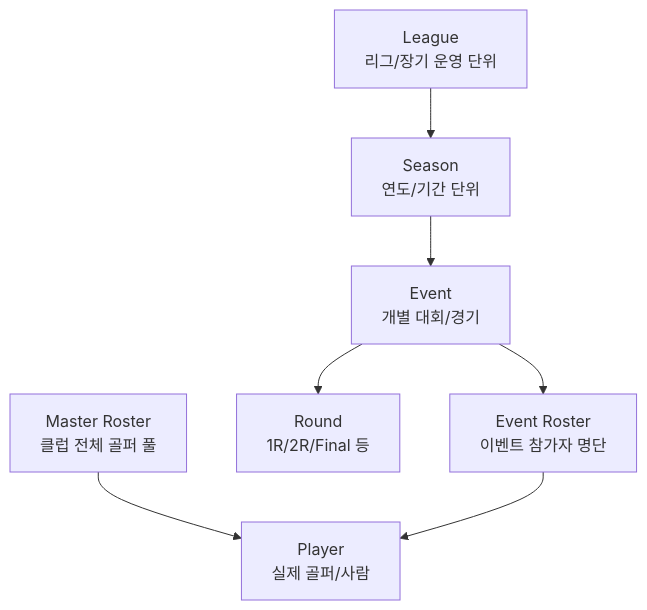
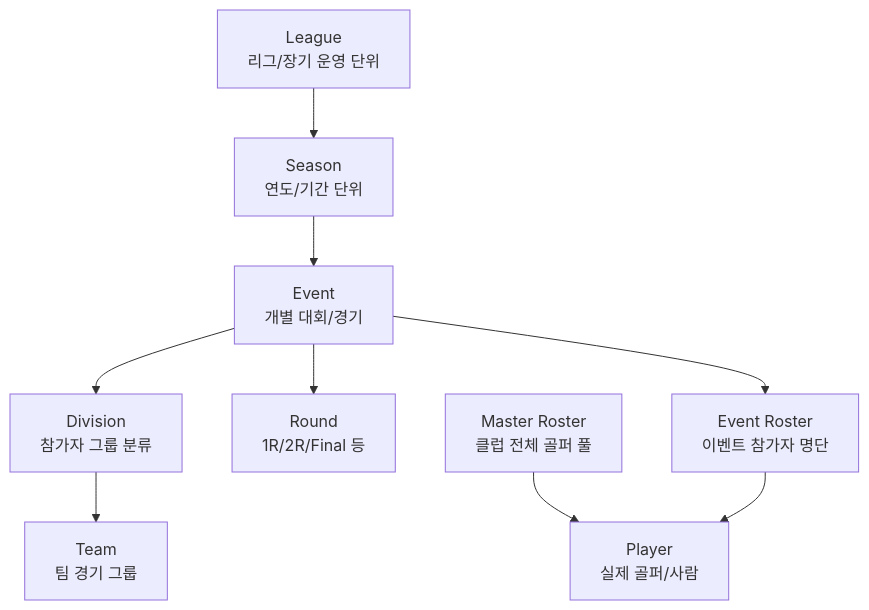
The first of 3 diagrams in docs/design/terminology.md (erichshan/golf-genius), drawn with Mermaid before and after one commit. The commit also changed other lines of this file and 4 other files, not shown here.

First line of the commit message:
Add Division/Team terminology and Smartscore DB schema design

````diff
--- a/docs/design/terminology.md
+++ b/docs/design/terminology.md
@@ -9,9 +9,11 @@
 ```mermaid
 flowchart TD
     MR[Master Roster\n클럽 전체 골퍼 풀] --> P[Player\n실제 골퍼/사람]
     L[League\n리그/장기 운영 단위] --> S[Season\n연도/기간 단위]
     S --> E[Event\n개별 대회/경기]
     E --> R[Round\n1R/2R/Final 등]
+    E --> D[Division\n참가자 그룹 분류]
+    D --> T[Team\n팀 경기 그룹]
     E --> ER[Event Roster\n이벤트 참가자 명단]
     ER --> P
 ```
````
